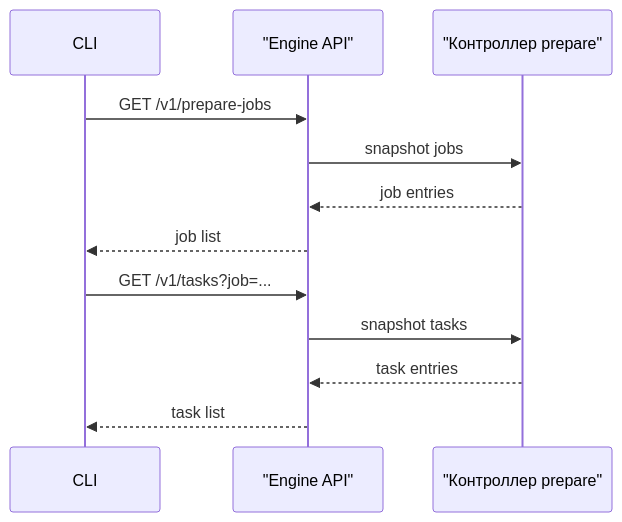
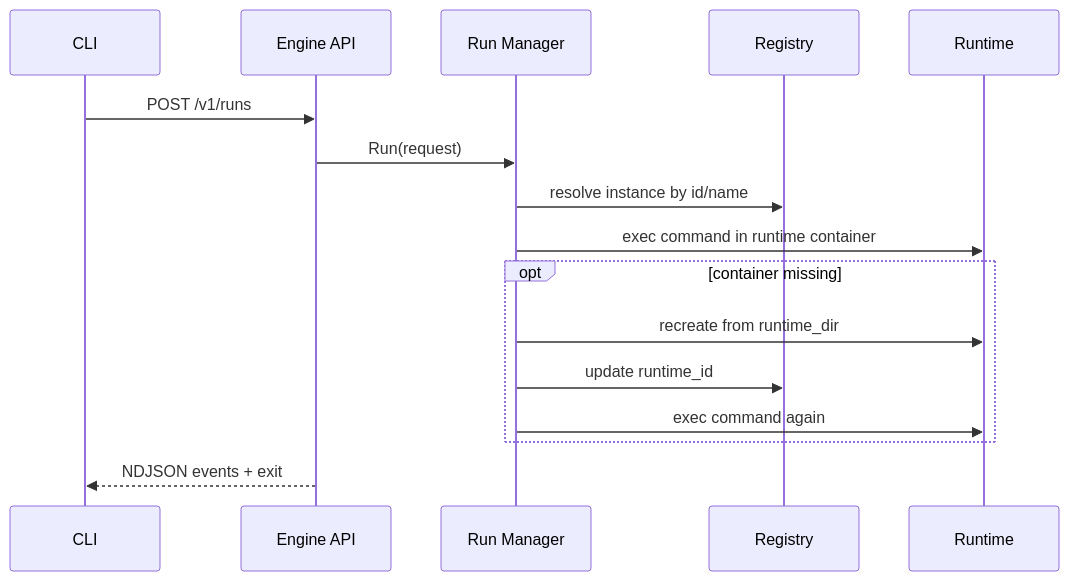
Before and after one commit to kimak-irmagi/taidon: the fourth of 5 diagrams in docs/architecture/engine-internals.RU.md, drawn with Mermaid. The commit also changed other lines of this file and 9 other files, not shown here.

````diff
--- a/docs/architecture/engine-internals.RU.md
+++ b/docs/architecture/engine-internals.RU.md
@@ -293,16 +183,19 @@
 ```mermaid
 sequenceDiagram
   participant CLI as CLI
-  participant API as "Engine API"
-  participant CTRL as "Контроллер prepare"
+  participant API as Engine API
+  participant RUN as Run Manager
+  participant REG as Registry
+  participant RT as Runtime
 
-  CLI->>API: GET /v1/prepare-jobs
-  API->>CTRL: snapshot jobs
-  CTRL-->>API: job entries
-  API-->>CLI: job list
-
-  CLI->>API: GET /v1/tasks?job=...
-  API->>CTRL: snapshot tasks
-  CTRL-->>API: task entries
-  API-->>CLI: task list
+  CLI->>API: POST /v1/runs
+  API->>RUN: Run(request)
+  RUN->>REG: resolve instance by id/name
+  RUN->>RT: exec command in runtime container
+  opt container missing
+    RUN->>RT: recreate from runtime_dir
+    RUN->>REG: update runtime_id
+    RUN->>RT: exec command again
+  end
+  API-->>CLI: NDJSON events + exit
 ```
````
